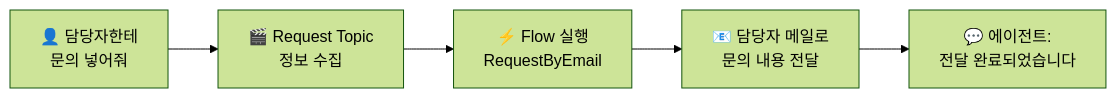
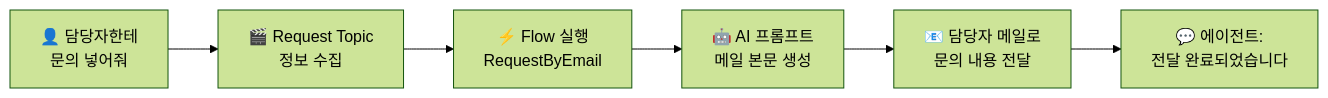
One commit to microsoft/easycopilotlab changed the diagram in docs/m09-flow-card.md. Above: the diagram before and after it, drawn with Mermaid (forest theme). The commit also changed other lines of this file and 3 other files, not shown here.

````diff
--- a/docs/m09-flow-card.md
+++ b/docs/m09-flow-card.md
@@ -46,7 +46,8 @@
 ```mermaid
 flowchart LR
     A[👤 담당자한테<br>문의 넣어줘] --> B[🎬 Request Topic<br>정보 수집]
     B --> C[⚡ Flow 실행<br>RequestByEmail]
-    C --> D[📧 담당자 메일로<br>문의 내용 전달]
+    C --> C1[🤖 AI 프롬프트<br>메일 본문 생성]
+    C1 --> D[📧 담당자 메일로<br>문의 내용 전달]
     D --> E[💬 에이전트:<br>전달 완료되었습니다]
 ```
````
